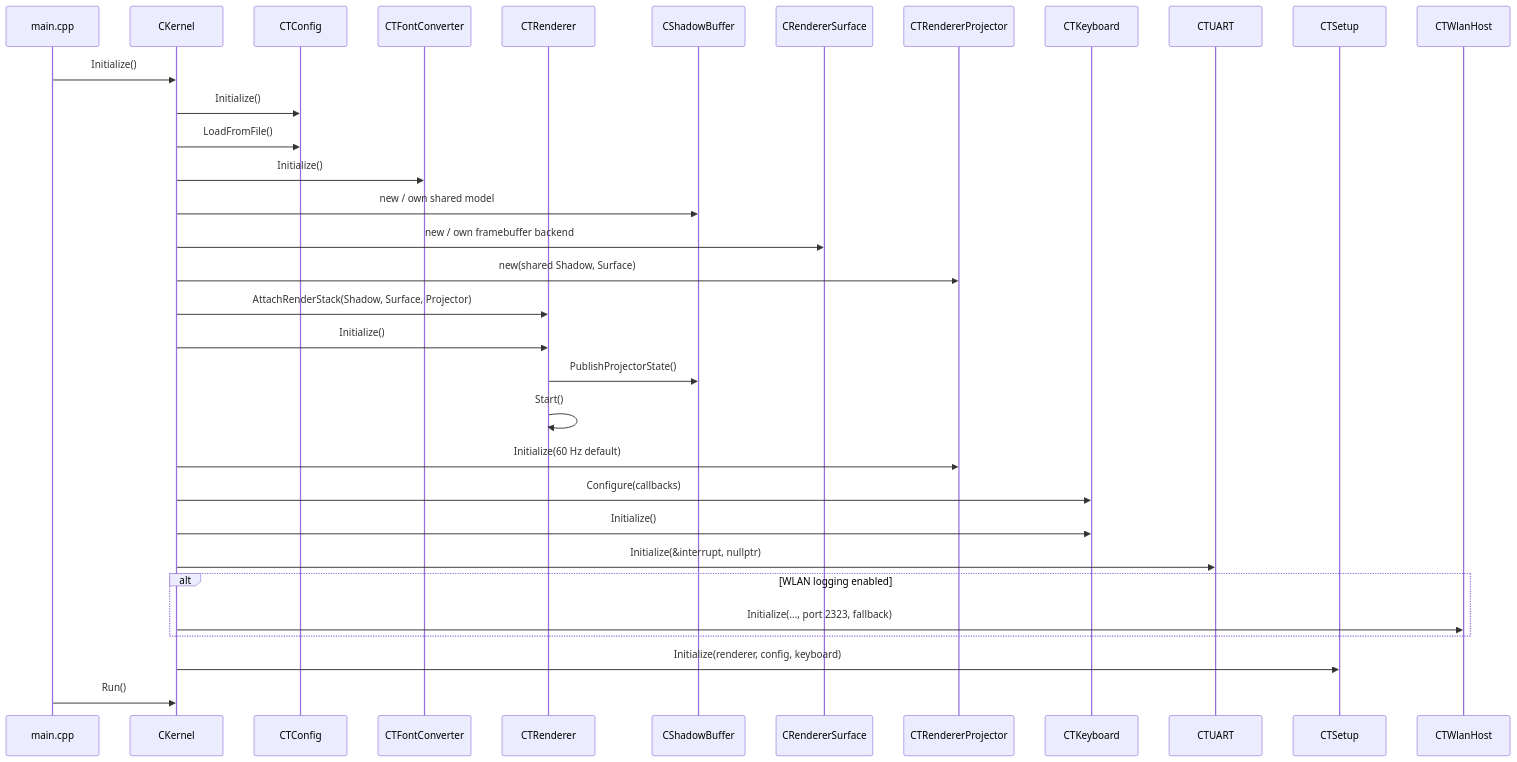
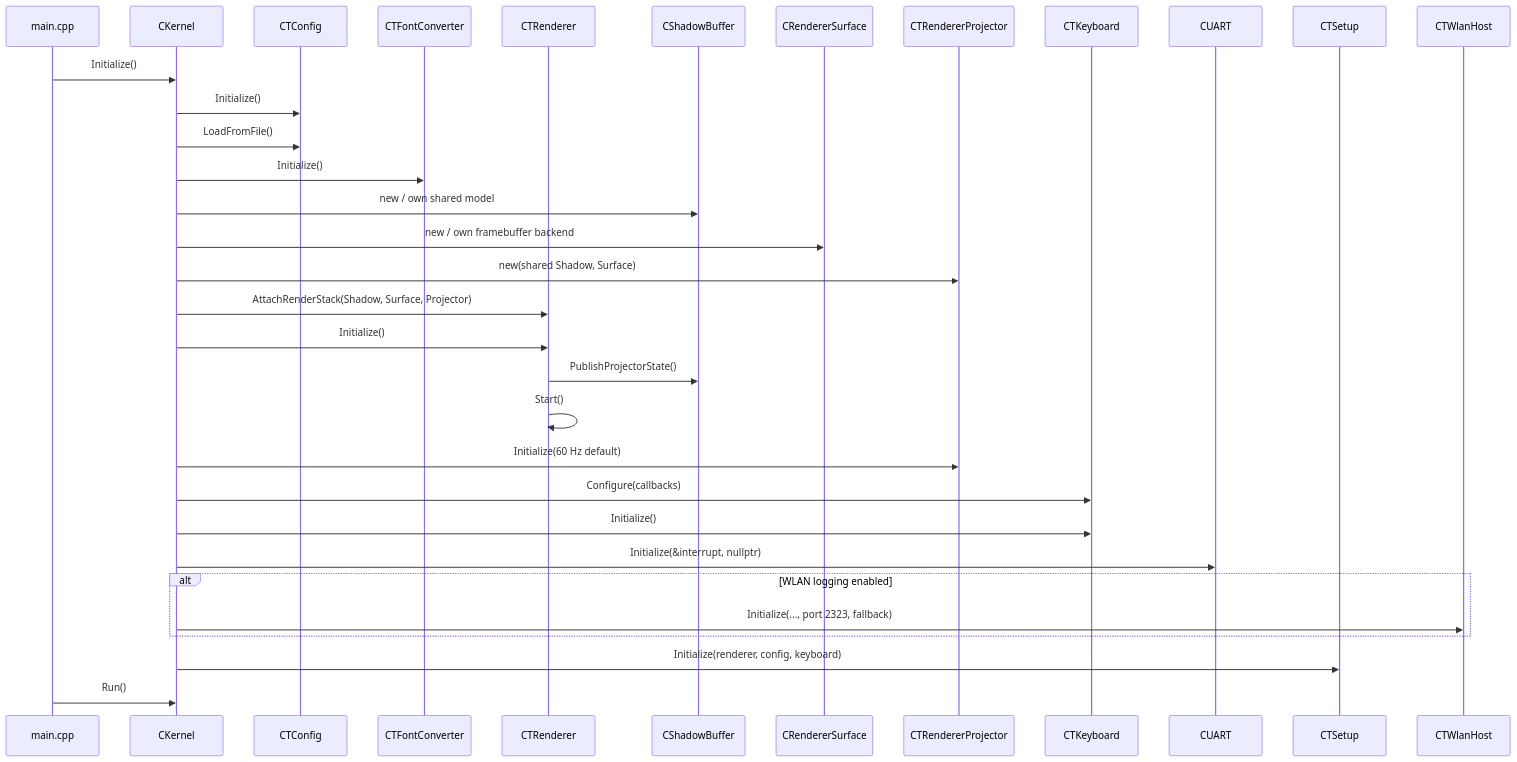
Before and after one commit to rzuehlsd/PiZero_VT100: the second of 4 diagrams in VT100/docs/VT100_Architecture.md, drawn with Mermaid. The commit also changed other lines of this file and 6 other files, not shown here.

````diff
--- a/VT100/docs/VT100_Architecture.md
+++ b/VT100/docs/VT100_Architecture.md
@@ -134,36 +134,36 @@
 ```mermaid
 sequenceDiagram
   participant Main as main.cpp
   participant Kernel as CKernel
   participant Config as CTConfig
   participant Font as CTFontConverter
   participant Renderer as CTRenderer
   participant Shadow as CShadowBuffer
   participant Surface as CRendererSurface
   participant Projector as CTRendererProjector
   participant Keyboard as CTKeyboard
-  participant UART as CTUART
+  participant UART as CUART
   participant Setup as CTSetup
   participant Wlan as CTWlanHost
 
   Main->>Kernel: Initialize()
   Kernel->>Config: Initialize()
   Kernel->>Config: LoadFromFile()
   Kernel->>Font: Initialize()
   Kernel->>Shadow: new / own shared model
   Kernel->>Surface: new / own framebuffer backend
   Kernel->>Projector: new(shared Shadow, Surface)
   Kernel->>Renderer: AttachRenderStack(Shadow, Surface, Projector)
   Kernel->>Renderer: Initialize()
   Renderer->>Shadow: PublishProjectorState()
   Renderer->>Renderer: Start()
   Kernel->>Projector: Initialize(60 Hz default)
   Kernel->>Keyboard: Configure(callbacks)
   Kernel->>Keyboard: Initialize()
   Kernel->>UART: Initialize(&interrupt, nullptr)
   alt WLAN logging enabled
     Kernel->>Wlan: Initialize(..., port 2323, fallback)
   end
   Kernel->>Setup: Initialize(renderer, config, keyboard)
   Main->>Kernel: Run()
 ```
````
